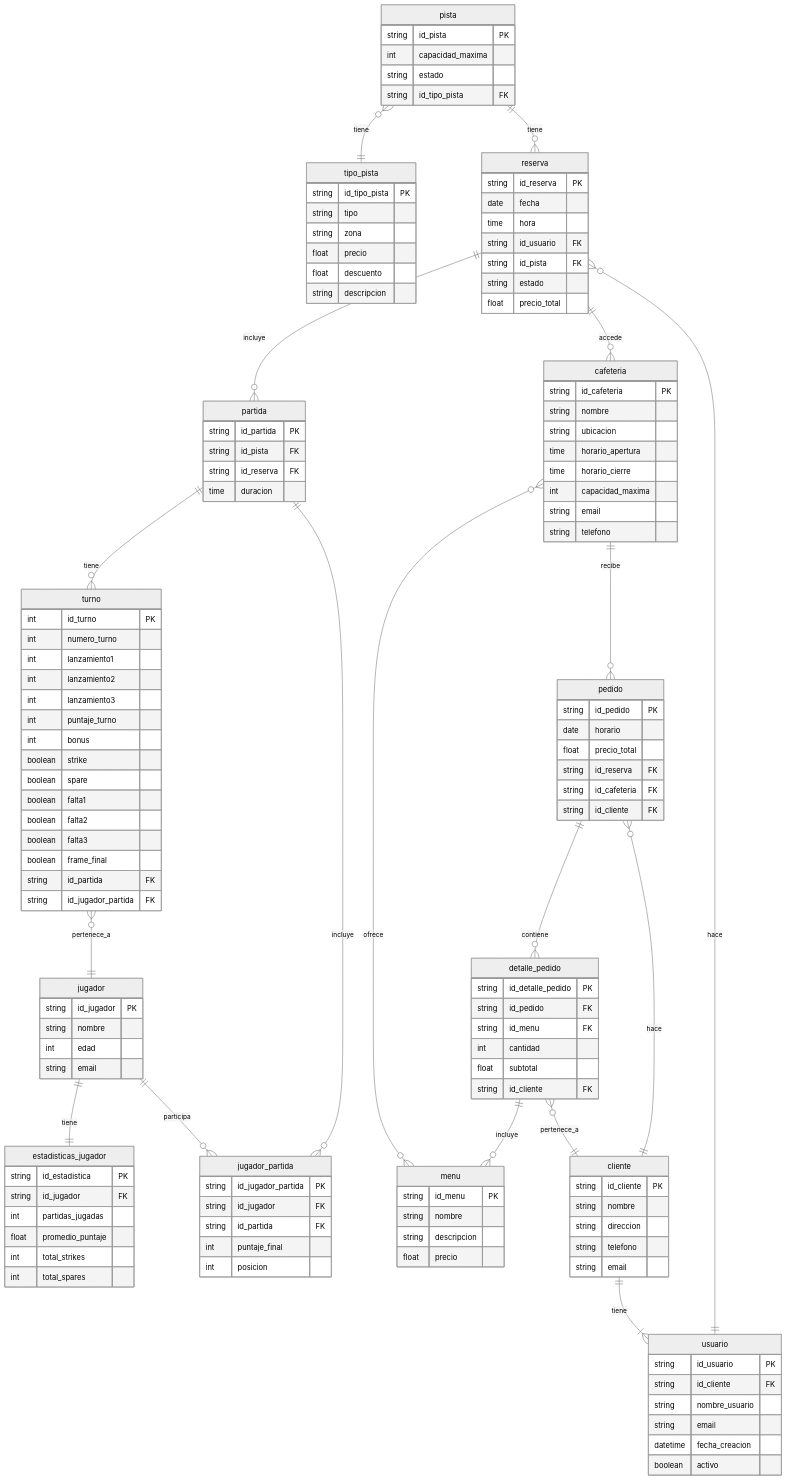
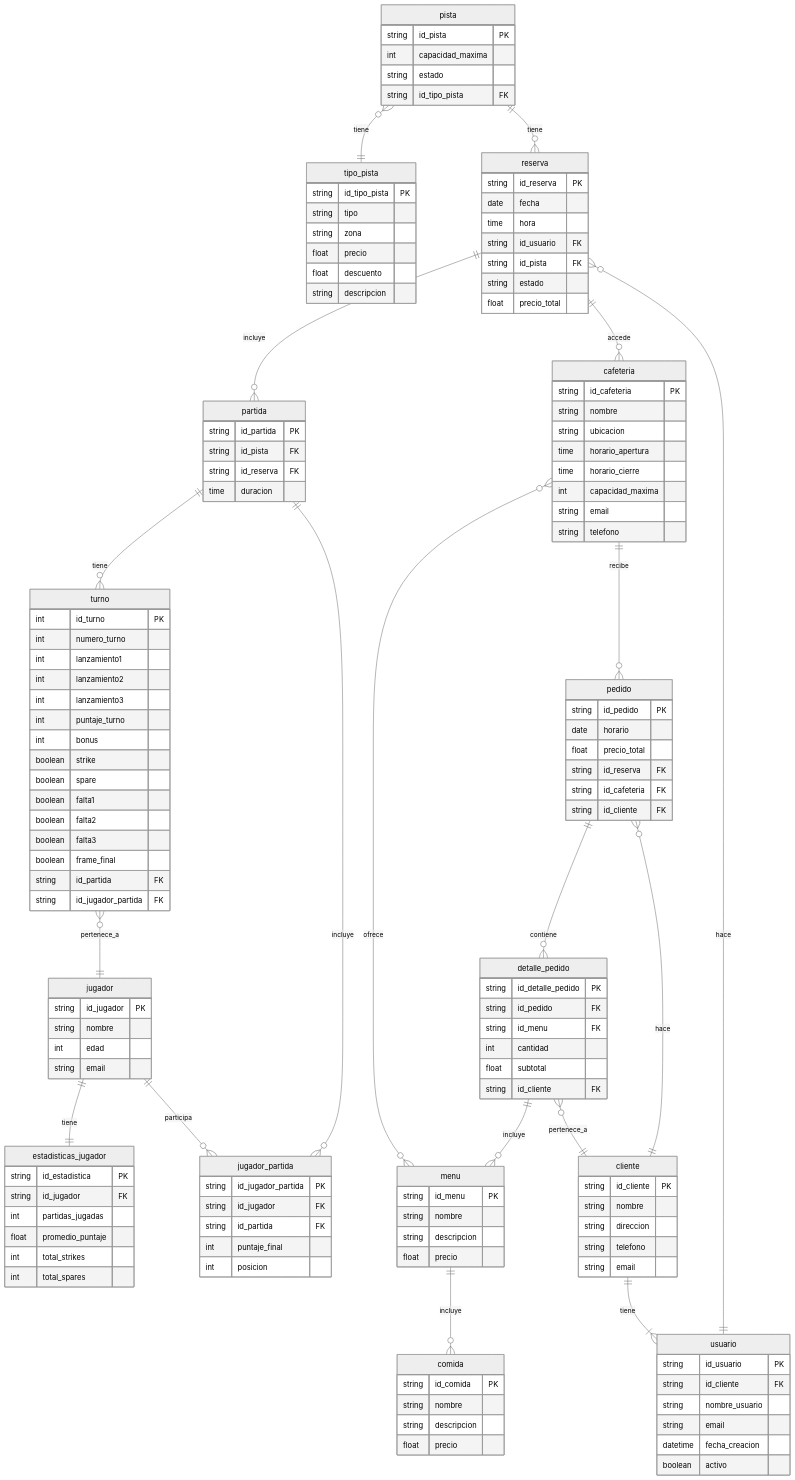
Before and after one commit to Villada-PG3/trabajo-practico-integrador-centro-bowling: the diagram in centro_bowling.mermaid, drawn with Mermaid (neutral theme). The commit also changed 2 other files, not shown here.

```diff
--- a/centro_bowling.mermaid
+++ b/centro_bowling.mermaid
@@ -1,147 +1,154 @@
 erDiagram
     jugador ||--|| estadisticas_jugador : tiene
     pista }o--|| tipo_pista : tiene
     pista ||--o{ reserva : tiene
     usuario ||--o{ reserva : hace
     reserva ||--o{ partida : incluye
     partida ||--o{ turno : tiene
     turno }o--|| jugador : pertenece_a
     reserva ||--o{ cafeteria : accede
     cafeteria }o--o{ menu : ofrece
     cafeteria ||--o{ pedido : recibe
     jugador ||--o{ jugador_partida : participa
     partida ||--o{ jugador_partida : incluye
     pedido ||--o{ detalle_pedido : contiene
     cliente ||--|{ usuario : tiene
     cliente ||--o{ pedido : hace
     detalle_pedido ||--o{ menu : incluye    
     detalle_pedido }o--|| cliente : pertenece_a
-
+    menu ||--o{ comida : incluye
 
     estadisticas_jugador {
         string id_estadistica PK
         string id_jugador FK
         int partidas_jugadas
         float promedio_puntaje
         int total_strikes
         int total_spares
     }
 
     usuario {
         string id_usuario PK
         string id_cliente FK
         string nombre_usuario
         string email
         datetime fecha_creacion
         boolean activo
     }
 
     pista {
         string id_pista PK
         int capacidad_maxima
         string estado
         string id_tipo_pista FK
     }
 
     tipo_pista {
         string id_tipo_pista PK
         string tipo
         string zona
         float precio
         float descuento
         string descripcion
     }
 
     cafeteria {
         string id_cafeteria PK
         string nombre
         string ubicacion
         time horario_apertura
         time horario_cierre
         int capacidad_maxima
         string email
         string telefono
     }
 
     menu {
         string id_menu PK
+        string nombre
+        string descripcion
+        float precio
+    }
+
+    comida {
+        string id_comida PK
         string nombre
         string descripcion
         float precio
     }
 
     pedido {
         string id_pedido PK
         date horario
         float precio_total
         string id_reserva FK
         string id_cafeteria FK
         string id_cliente FK
     }
 
     detalle_pedido {
         string id_detalle_pedido PK
         string id_pedido FK
         string id_menu FK
         int cantidad
         float subtotal
         string id_cliente FK
     }
 
     cliente {
         string id_cliente PK
         string nombre
         string direccion
         string telefono
         string email
     }
 
     reserva {
         string id_reserva PK
         date fecha
         time hora
         string id_usuario FK
         string id_pista FK
         string estado
         float precio_total
     }
 
     partida {
         string id_partida PK
         string id_pista FK
         string id_reserva FK
         time duracion
     }
 
     jugador {
         string id_jugador PK
         string nombre
         int edad
         string email
     }    
 
     jugador_partida {
         string id_jugador_partida PK
         string id_jugador FK
         string id_partida FK
         int puntaje_final
         int posicion
     }
 
     turno {
         int id_turno PK
         int numero_turno
         int lanzamiento1
         int lanzamiento2
         int lanzamiento3         
         int puntaje_turno
         int bonus
         boolean strike
         boolean spare
         boolean falta1
         boolean falta2
         boolean falta3      
         boolean frame_final
         string id_partida FK
         string id_jugador_partida FK
     }
```
